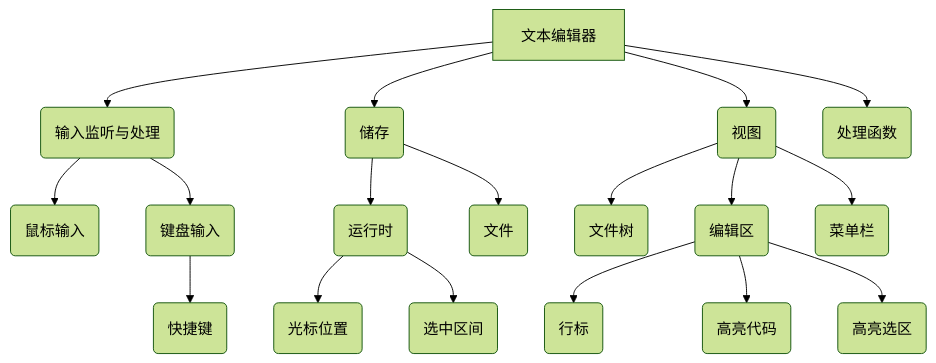
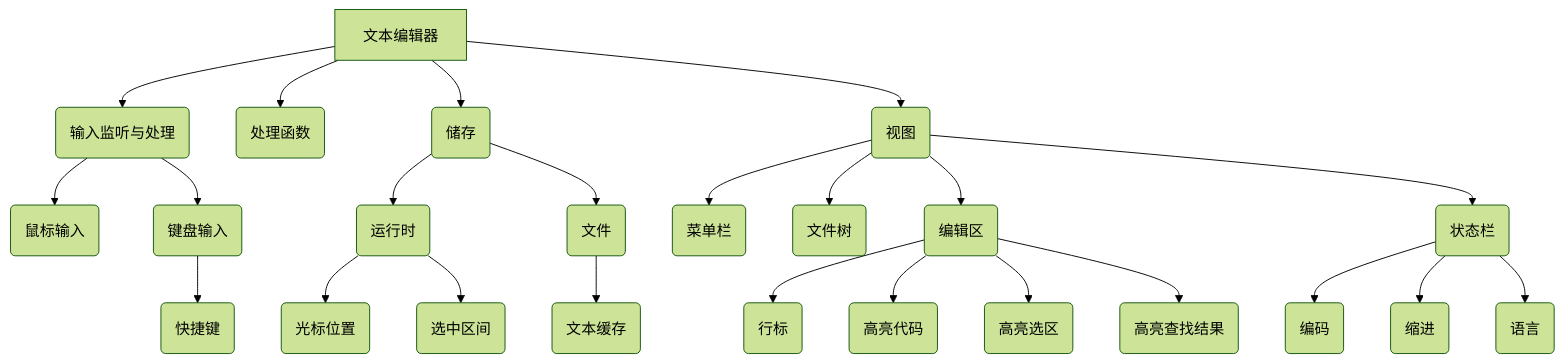
The first of 3 diagrams in docs/UML_classes.md (timrockefeller/BANANA), drawn with Mermaid (forest theme) before and after one commit. The commit also changed other lines of this file, not shown here.

Commit message:
add some detail

````diff
--- a/docs/UML_classes.md
+++ b/docs/UML_classes.md
@@ -3,20 +3,27 @@
 ```mermaid
 graph TD
+
 X[文本编辑器] --> I(输入监听与处理)
 	I --> I1(鼠标输入)
 	I --> I2(键盘输入)
 		I2 --> I21(快捷键)
+X --> C(处理函数)
 X --> B(储存)
 	B --> B1(运行时)
 		B1 --> B11(光标位置)
 		B1 --> B12(选中区间)
 	B --> B2(文件)
+		B2 -->B21(文本缓存)
 X --> V(视图)
-	V --> V1(文件树)
-	V --> V2(编辑区)
-		V2 --> V21(行标)
-		V2 --> V22(高亮代码)
-		V2 --> V23(高亮选区)
-	V --> V3(菜单栏)
-X --> C(处理函数)
+	V --> V1(菜单栏)
+	V --> V2(文件树)
+	V --> V3(编辑区)
+		V3 --> V31(行标)
+		V3 --> V32(高亮代码)
+		V3 --> V33(高亮选区)
+		V3 --> V34(高亮查找结果)
+	V --> V4(状态栏)
+		V4 --> V41(编码)
+		V4 --> V42(缩进)
+		V4 --> V43(语言)
 ```
````
